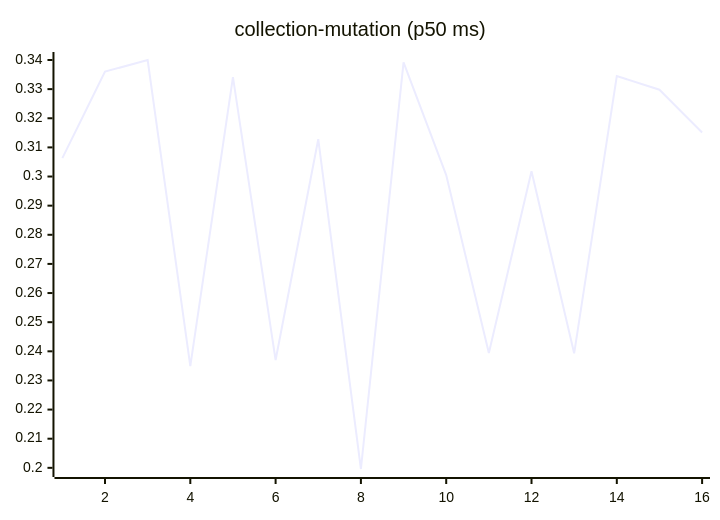
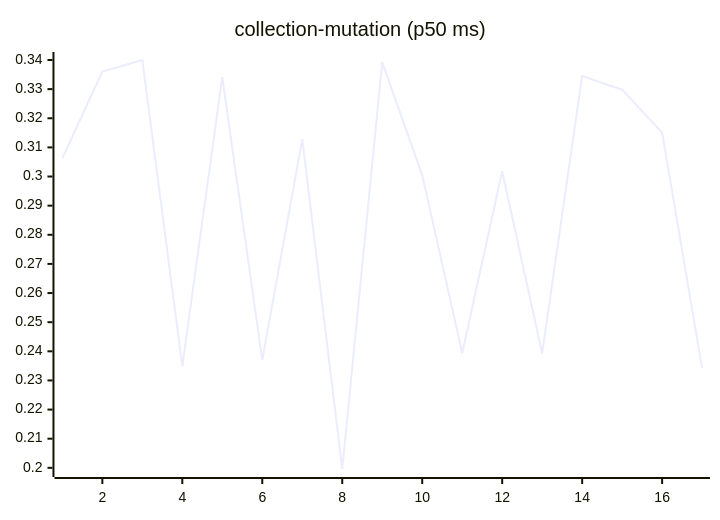
Before and after one commit to josha/Facet: the sixth of 27 diagrams in README.md, drawn with Mermaid. The commit also changed other lines of this file and 2 other files, not shown here.

````diff
--- a/README.md
+++ b/README.md
@@ -98,6 +98,6 @@
 ```mermaid
 xychart-beta
     title "collection-mutation (p50 ms)"
-    x-axis 1 --> 16
-    line [0.3063, 0.3360, 0.3400, 0.2349, 0.3341, 0.2370, 0.3128, 0.1996, 0.3392, 0.3005, 0.2394, 0.3018, 0.2393, 0.3345, 0.3298, 0.3151]
+    x-axis 1 --> 17
+    line [0.3063, 0.3360, 0.3400, 0.2349, 0.3341, 0.2370, 0.3128, 0.1996, 0.3392, 0.3005, 0.2394, 0.3018, 0.2393, 0.3345, 0.3298, 0.3151, 0.2342]
 ```
````
